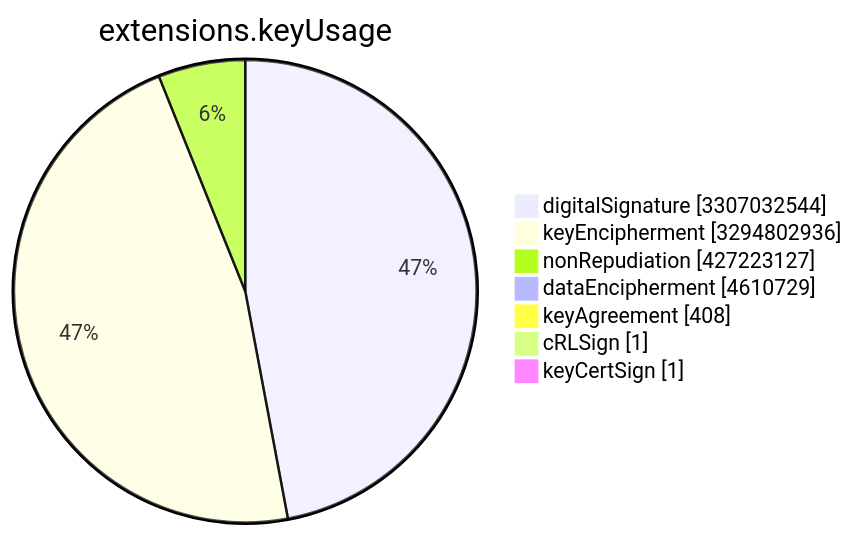
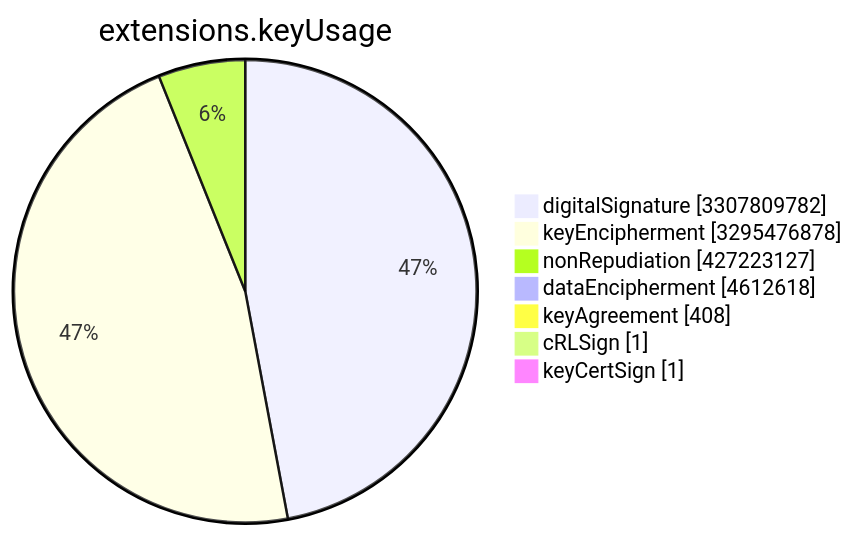
The sixth of 15 diagrams in TOTAL/README.md (christiankrug/ctmonitor_visualization), drawn with Mermaid before and after one commit. The commit also changed other lines of this file, not shown here.

````diff
--- a/TOTAL/README.md
+++ b/TOTAL/README.md
@@ -3078,11 +3078,11 @@
 ```mermaid
 pie showData
 title extensions.keyUsage
-"digitalSignature" :3307032544
-"keyEncipherment" :3294802936
+"digitalSignature" :3307809782
+"keyEncipherment" :3295476878
 "nonRepudiation" :427223127
-"dataEncipherment" :4610729
+"dataEncipherment" :4612618
 "keyAgreement" :408
 "cRLSign" :1
 "keyCertSign" :1
 ```
````
